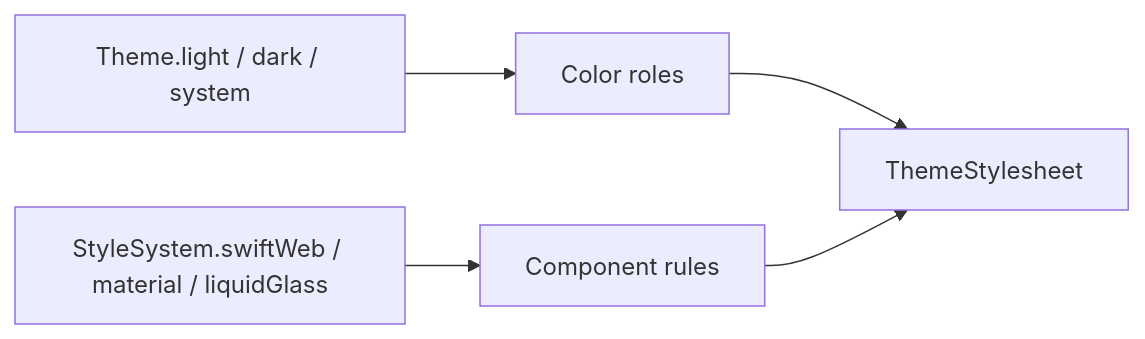
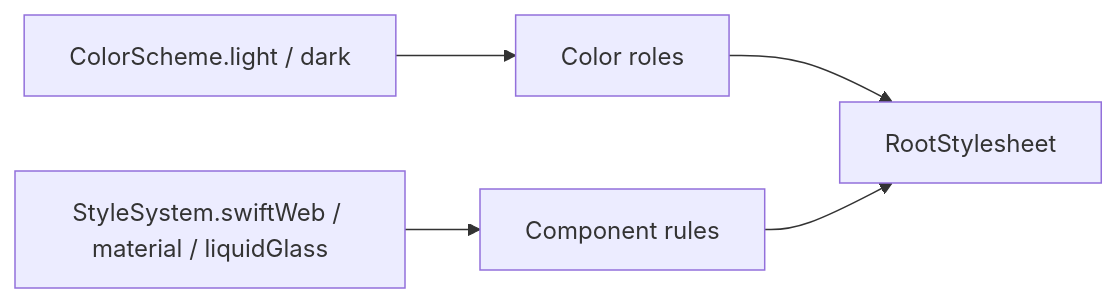
The second of 4 diagrams in docs/SwiftWebUIStyleDesign.md (1amageek/swift-web), drawn with Mermaid before and after one commit. The commit also changed other lines of this file and 85 other files, not shown here.

````diff
--- a/docs/SwiftWebUIStyleDesign.md
+++ b/docs/SwiftWebUIStyleDesign.md
@@ -60,7 +60,7 @@
 ```mermaid
 flowchart LR
-    A["Theme.light / dark / system"] --> C["Color roles"]
+    A["ColorScheme.light / dark"] --> C["Color roles"]
     B["StyleSystem.swiftWeb / material / liquidGlass"] --> D["Component rules"]
-    C --> E["ThemeStylesheet"]
+    C --> E["RootStylesheet"]
     D --> E
 ```
````
